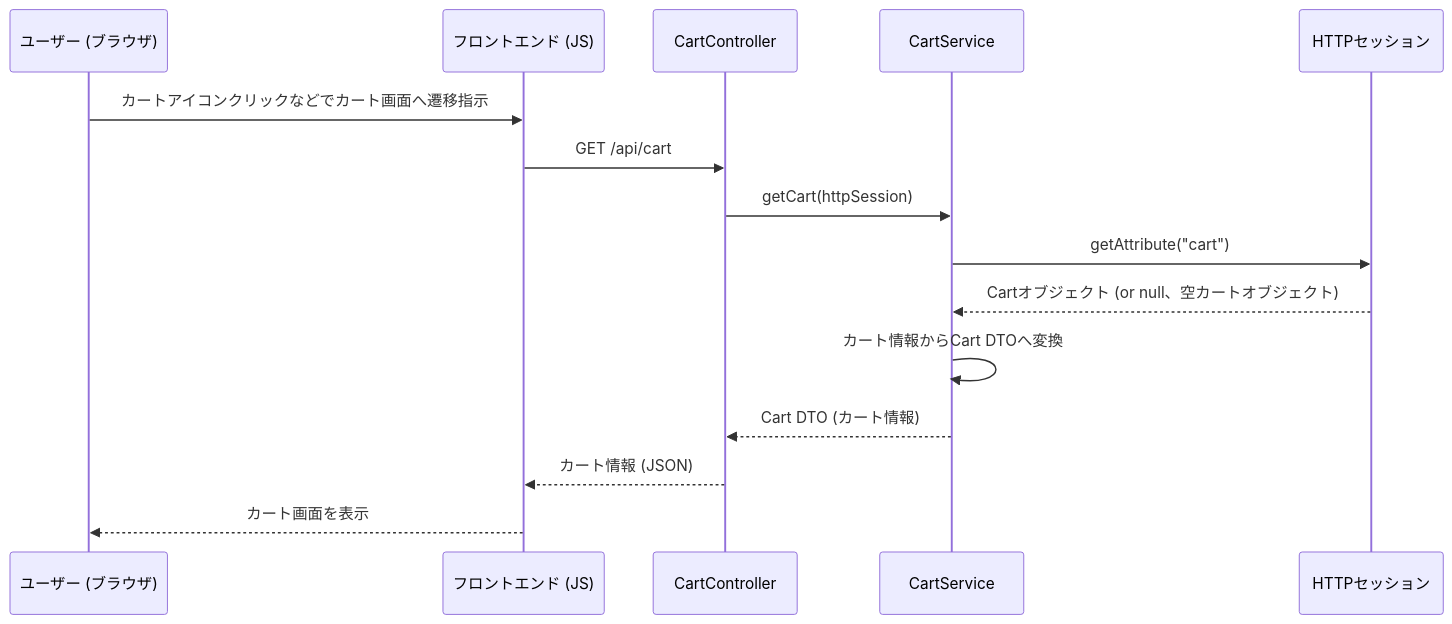
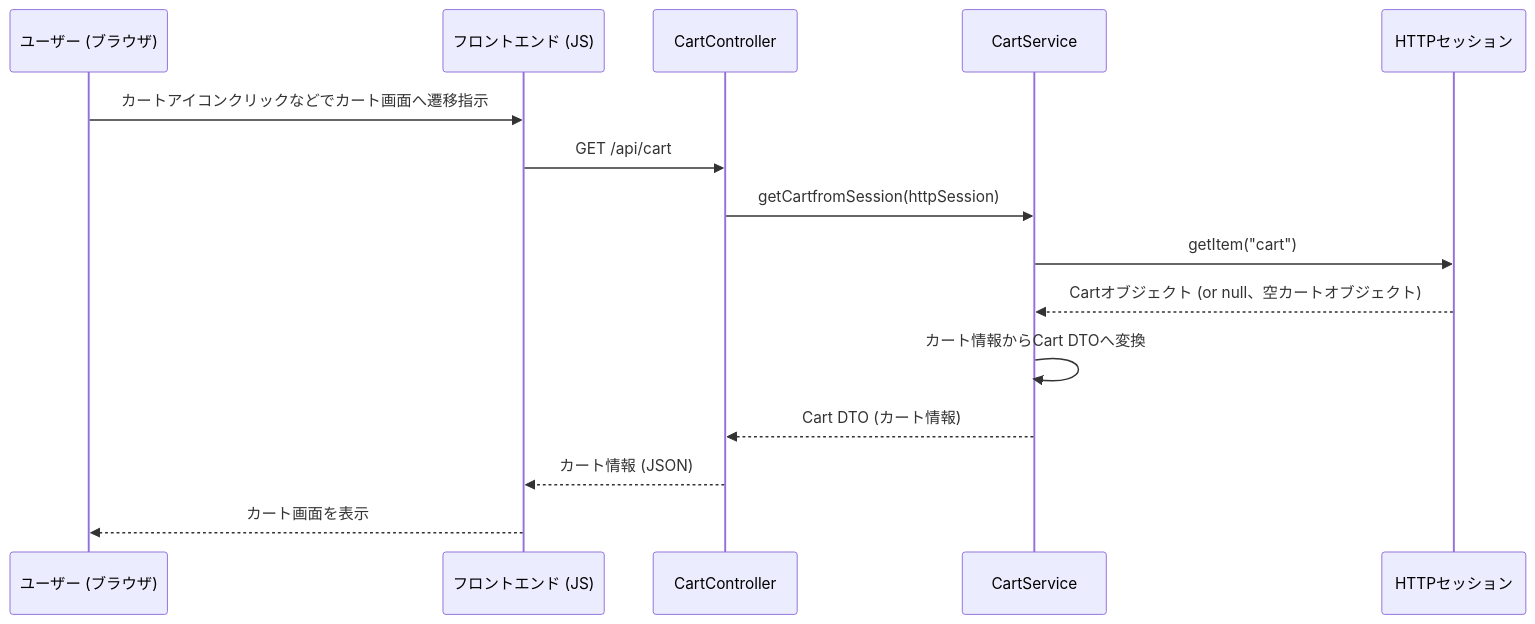
The fourth of 12 diagrams in 詳細設計/詳細設計.md (Hinako-Kimura127/neko), drawn with Mermaid before and after one commit. The commit also changed other lines of this file, not shown here.

```diff
--- a/詳細設計/詳細設計.md
+++ b/詳細設計/詳細設計.md
@@ -197,18 +197,18 @@
 <div class="mermaid">
 sequenceDiagram
     participant User as ユーザー (ブラウザ)
     participant FE as フロントエンド (JS)
     participant CartController
     participant CartService
     participant HttpSession as HTTPセッション
  
     User->>FE: カートアイコンクリックなどでカート画面へ遷移指示
     FE->>CartController: GET /api/cart
-    CartController->>CartService: getCart(httpSession)
-    CartService->>HttpSession: getAttribute("cart")
+    CartController->>CartService: getCartfromSession(httpSession)
+    CartService->>HttpSession: getItem("cart")
     HttpSession-->>CartService: Cartオブジェクト (or null、空カートオブジェクト)
     CartService->>CartService: カート情報からCart DTOへ変換
     CartService-->>CartController: Cart DTO (カート情報)
     CartController-->>FE: カート情報 (JSON)
     FE-->>User: カート画面を表示
 </div>
```
